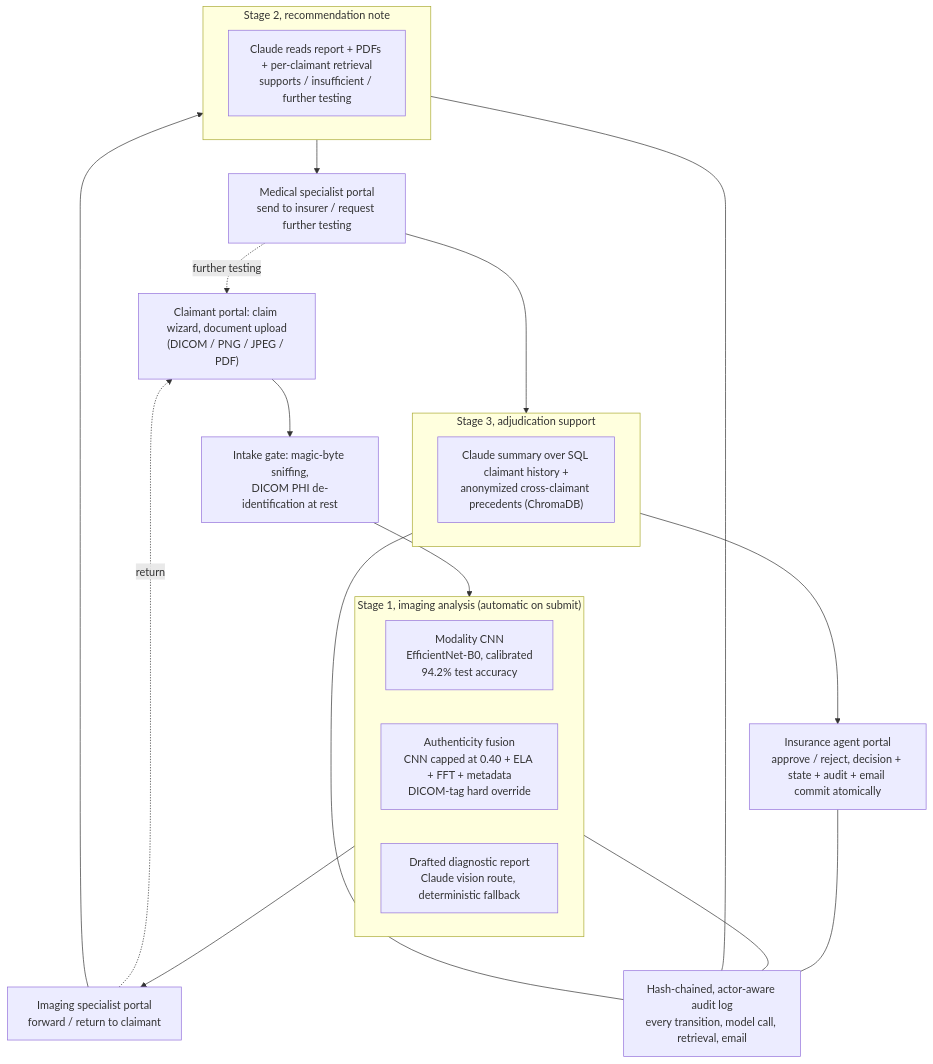
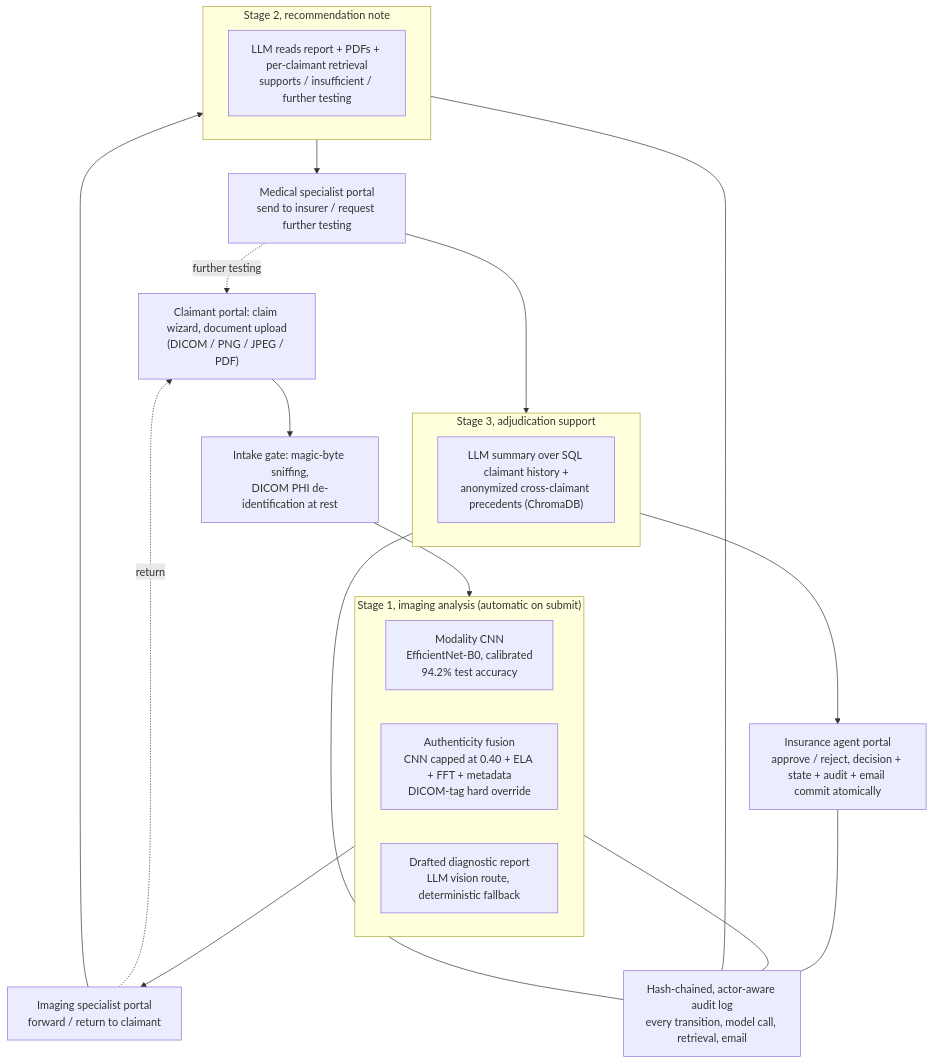
The diagram in README.md (Minifigures/claimflow), drawn with Mermaid before and after one commit. The commit also changed other lines of this file and 8 other files, not shown here.

````diff
--- a/README.md
+++ b/README.md
@@ -9,28 +11,28 @@
 ```mermaid
 flowchart TB
     UP["Claimant portal: claim wizard, document upload<br/>(DICOM / PNG / JPEG / PDF)"]
     GATE["Intake gate: magic-byte sniffing,<br/>DICOM PHI de-identification at rest"]
     subgraph S1["Stage 1, imaging analysis (automatic on submit)"]
         CNN["Modality CNN<br/>EfficientNet-B0, calibrated<br/>94.2% test accuracy"]
         FUSE["Authenticity fusion<br/>CNN capped at 0.40 + ELA + FFT + metadata<br/>DICOM-tag hard override"]
-        REP["Drafted diagnostic report<br/>Claude vision route, deterministic fallback"]
+        REP["Drafted diagnostic report<br/>LLM vision route, deterministic fallback"]
     end
     IMG["Imaging specialist portal<br/>forward / return to claimant"]
     subgraph S2["Stage 2, recommendation note"]
-        NOTE["Claude reads report + PDFs + per-claimant retrieval<br/>supports / insufficient / further testing"]
+        NOTE["LLM reads report + PDFs + per-claimant retrieval<br/>supports / insufficient / further testing"]
     end
     MED["Medical specialist portal<br/>send to insurer / request further testing"]
     subgraph S3["Stage 3, adjudication support"]
-        SUM["Claude summary over SQL claimant history +<br/>anonymized cross-claimant precedents (ChromaDB)"]
+        SUM["LLM summary over SQL claimant history +<br/>anonymized cross-claimant precedents (ChromaDB)"]
     end
     AGENT["Insurance agent portal<br/>approve / reject, decision + state + audit + email commit atomically"]
     AUDIT["Hash-chained, actor-aware audit log<br/>every transition, model call, retrieval, email"]
 
     UP --> GATE --> S1 --> IMG --> S2 --> MED --> S3 --> AGENT
     IMG -. "return" .-> UP
     MED -. "further testing" .-> UP
     S1 --- AUDIT
     S2 --- AUDIT
     S3 --- AUDIT
     AGENT --- AUDIT
 ```
````
